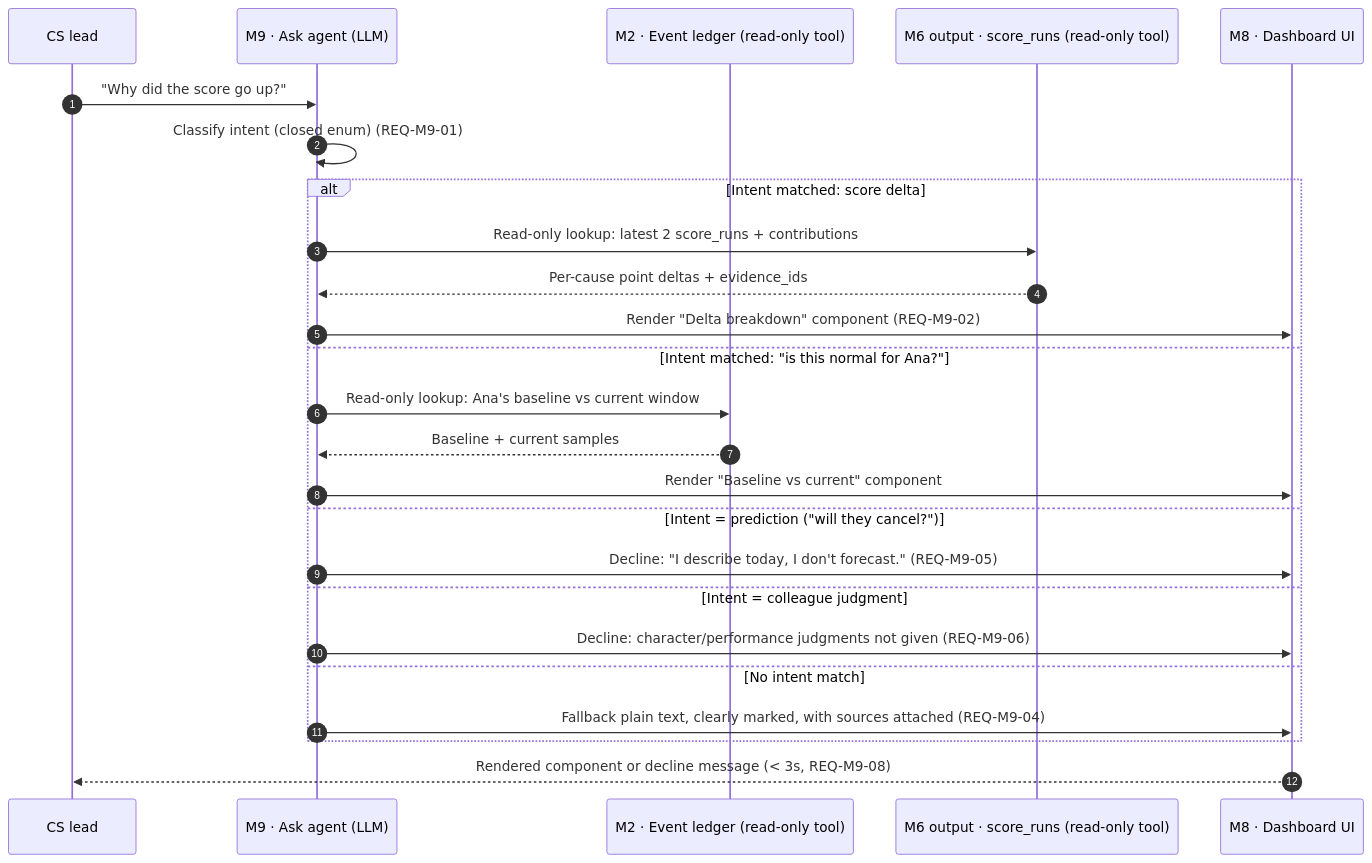
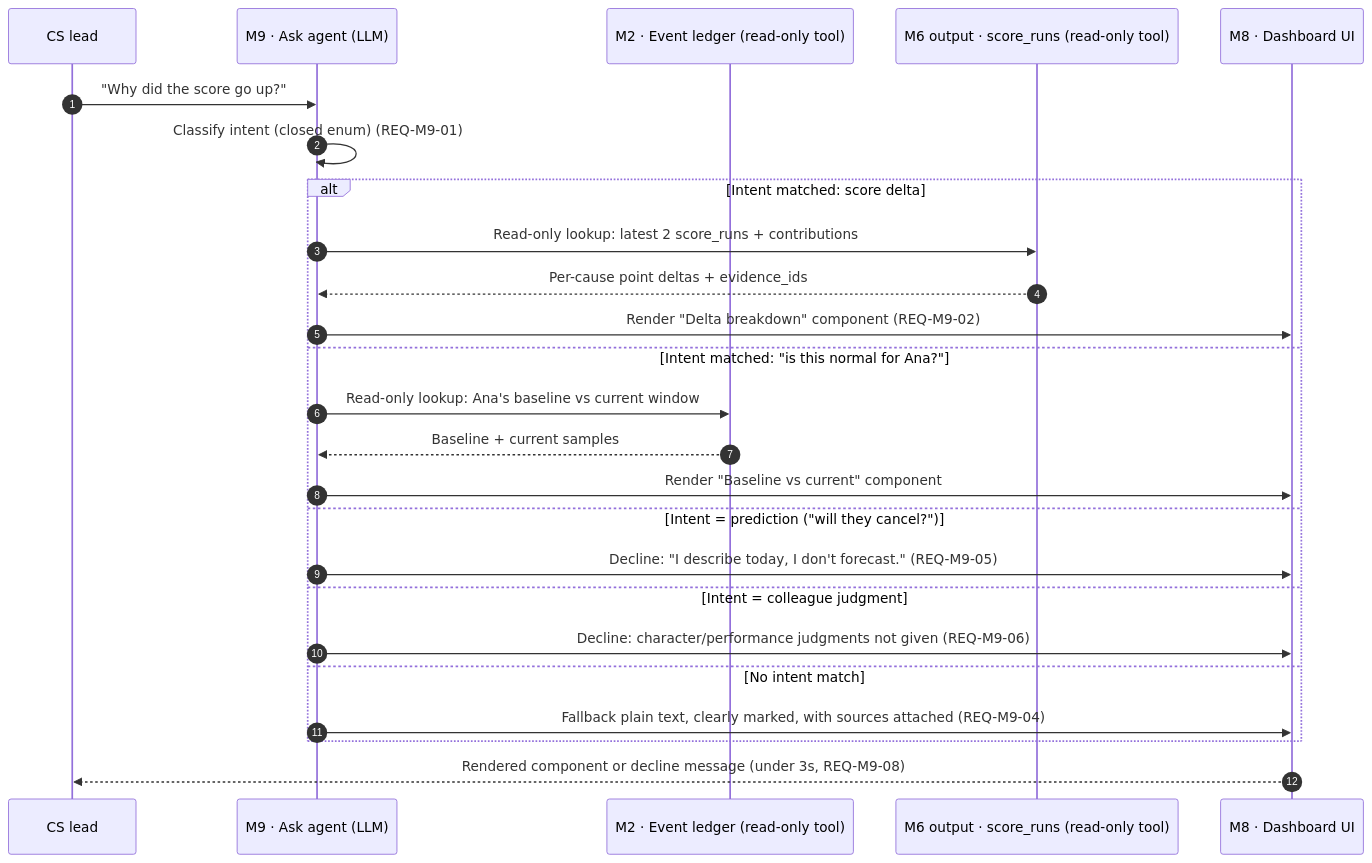
One commit to juanc-huarachi-coderoad-com/agentic-churn changed the diagram in sequences/02-sequence-ask-agent.md. Above: the diagram before and after it, drawn with Mermaid. The commit also changed 5 other files, not shown here.

````diff
--- a/sequences/02-sequence-ask-agent.md
+++ b/sequences/02-sequence-ask-agent.md
@@ -7,30 +7,30 @@
 ```mermaid
 sequenceDiagram
     autonumber
     participant User as CS lead
     participant Ask as M9 · Ask agent (LLM)
     participant Ledger as M2 · Event ledger (read-only tool)
     participant Score as M6 output · score_runs (read-only tool)
     participant UI as M8 · Dashboard UI
 
     User->>Ask: "Why did the score go up?"
     Ask->>Ask: Classify intent (closed enum) (REQ-M9-01)
 
     alt Intent matched: score delta
         Ask->>Score: Read-only lookup: latest 2 score_runs + contributions
         Score-->>Ask: Per-cause point deltas + evidence_ids
         Ask->>UI: Render "Delta breakdown" component (REQ-M9-02)
     else Intent matched: "is this normal for Ana?"
         Ask->>Ledger: Read-only lookup: Ana's baseline vs current window
         Ledger-->>Ask: Baseline + current samples
         Ask->>UI: Render "Baseline vs current" component
     else Intent = prediction ("will they cancel?")
         Ask->>UI: Decline: "I describe today, I don't forecast." (REQ-M9-05)
     else Intent = colleague judgment
         Ask->>UI: Decline: character/performance judgments not given (REQ-M9-06)
     else No intent match
         Ask->>UI: Fallback plain text, clearly marked, with sources attached (REQ-M9-04)
     end
 
-    UI-->>User: Rendered component or decline message (< 3s, REQ-M9-08)
+    UI-->>User: Rendered component or decline message (under 3s, REQ-M9-08)
 ```
````
